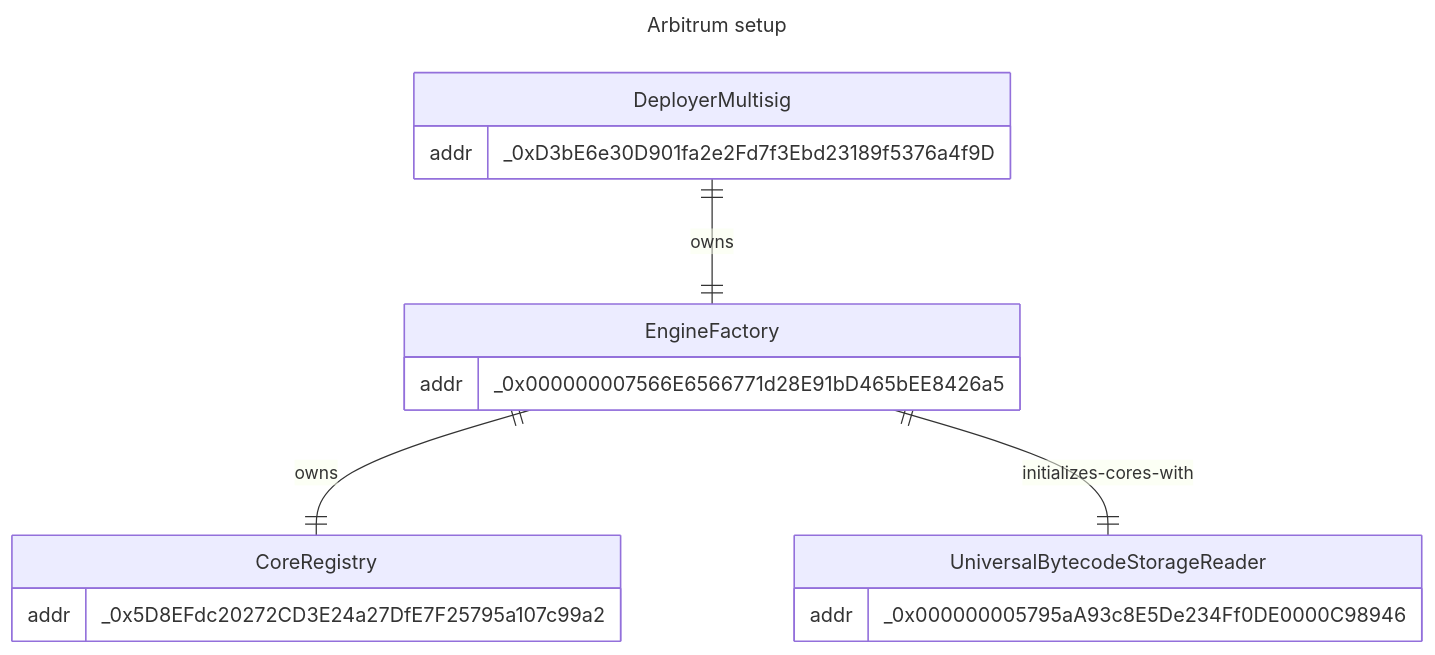
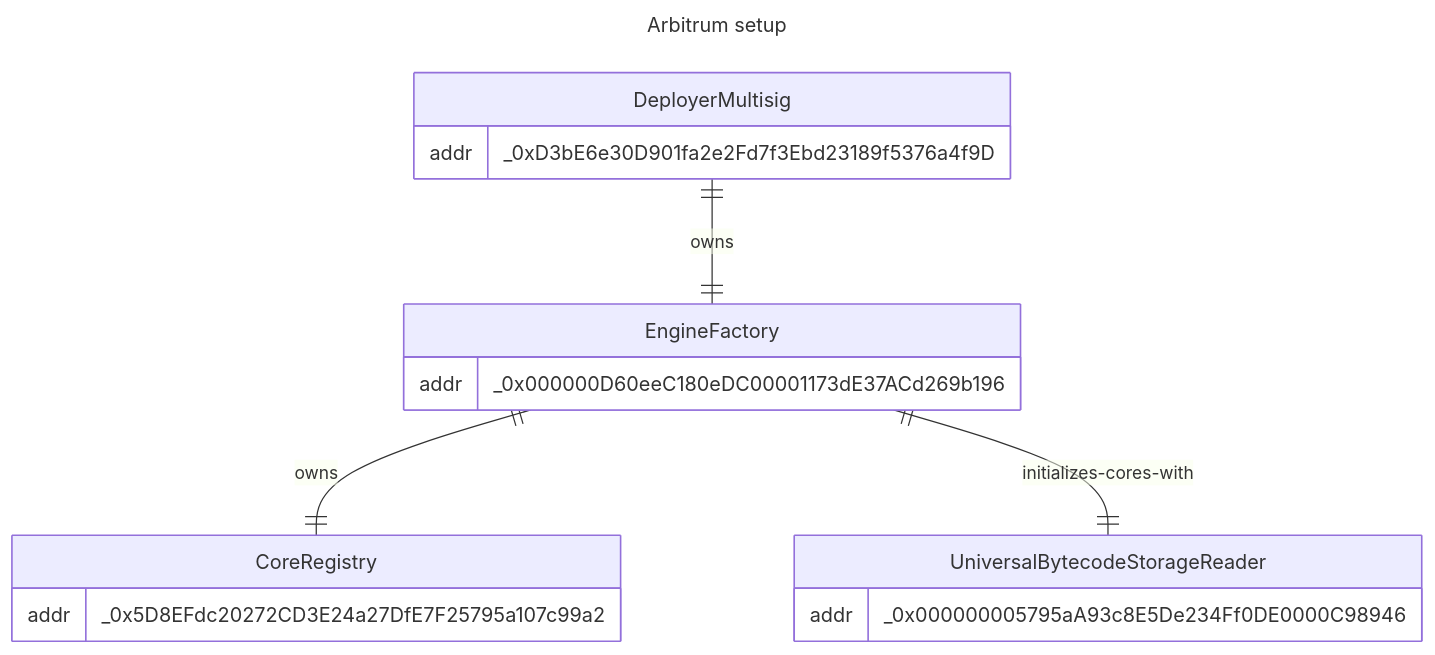
The second of 5 diagrams in packages/contracts/INFRASTRUCTURE.md (ArtBlocks/artblocks-contracts), drawn with Mermaid before and after one commit. The commit also changed other lines of this file and 11 other files, not shown here.

````diff
--- a/packages/contracts/INFRASTRUCTURE.md
+++ b/packages/contracts/INFRASTRUCTURE.md
@@ -54,21 +54,21 @@
 ```mermaid
 ---
 title: Arbitrum setup
 ---
 erDiagram
     DeployerMultisig ||--|| EngineFactory : owns
     EngineFactory ||--|| CoreRegistry : owns
     EngineFactory ||--|| UniversalBytecodeStorageReader : initializes-cores-with
     DeployerMultisig {
         addr _0xD3bE6e30D901fa2e2Fd7f3Ebd23189f5376a4f9D
     }
     EngineFactory {
-        addr _0x000000007566E6566771d28E91bD465bEE8426a5
+        addr _0x000000D60eeC180eDC00001173dE37ACd269b196
     }
     CoreRegistry {
         addr _0x5D8EFdc20272CD3E24a27DfE7F25795a107c99a2
     }
     UniversalBytecodeStorageReader {
         addr _0x000000005795aA93c8E5De234Ff0DE0000C98946
     }
 ```
````
